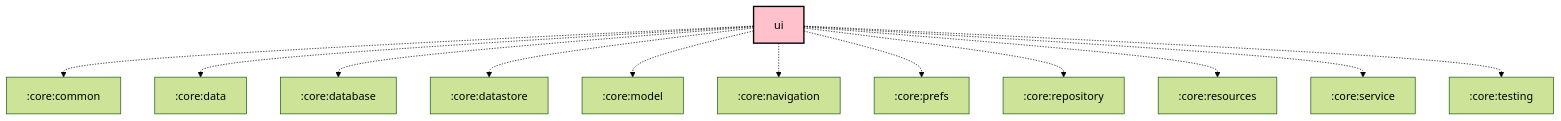
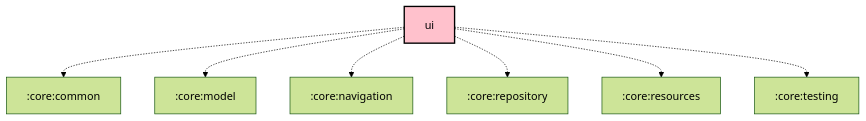
One commit to meshtastic/Meshtastic-Android changed the diagram in core/ui/README.md. Above: the diagram before and after it, drawn with Mermaid (forest theme). The commit also changed 14 other files, not shown here.

First line of the commit message:
chore: Scheduled updates (Graphs, Baseline Profile)

````diff
--- a/core/ui/README.md
+++ b/core/ui/README.md
@@ -51,29 +51,24 @@
 ```mermaid
 graph TB
   :core:ui[ui]:::kmp-library-compose
   :core:ui -.-> :core:common
-  :core:ui -.-> :core:data
-  :core:ui -.-> :core:database
-  :core:ui -.-> :core:datastore
   :core:ui -.-> :core:model
   :core:ui -.-> :core:navigation
-  :core:ui -.-> :core:prefs
   :core:ui -.-> :core:repository
   :core:ui -.-> :core:resources
-  :core:ui -.-> :core:service
   :core:ui -.-> :core:testing
 
 classDef android-application fill:#CAFFBF,stroke:#000,stroke-width:2px,color:#000;
 classDef android-application-compose fill:#CAFFBF,stroke:#000,stroke-width:2px,color:#000;
 classDef compose-desktop-application fill:#CAFFBF,stroke:#000,stroke-width:2px,color:#000;
 classDef android-feature fill:#FFD6A5,stroke:#000,stroke-width:2px,color:#000;
 classDef android-library fill:#9BF6FF,stroke:#000,stroke-width:2px,color:#000;
 classDef android-library-compose fill:#9BF6FF,stroke:#000,stroke-width:2px,color:#000;
 classDef android-test fill:#A0C4FF,stroke:#000,stroke-width:2px,color:#000;
 classDef jvm-library fill:#BDB2FF,stroke:#000,stroke-width:2px,color:#000;
 classDef kmp-feature fill:#FFD6A5,stroke:#000,stroke-width:2px,color:#000;
 classDef kmp-library-compose fill:#FFC1CC,stroke:#000,stroke-width:2px,color:#000;
 classDef kmp-library fill:#FFC1CC,stroke:#000,stroke-width:2px,color:#000;
 classDef unknown fill:#FFADAD,stroke:#000,stroke-width:2px,color:#000;
 
 ```
````
